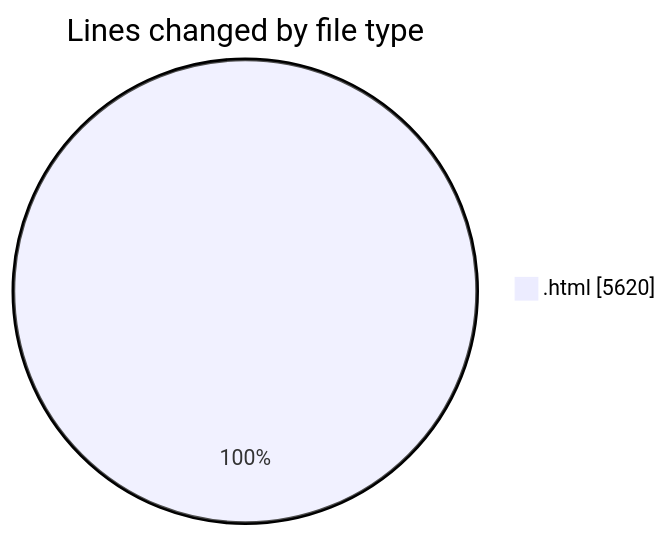
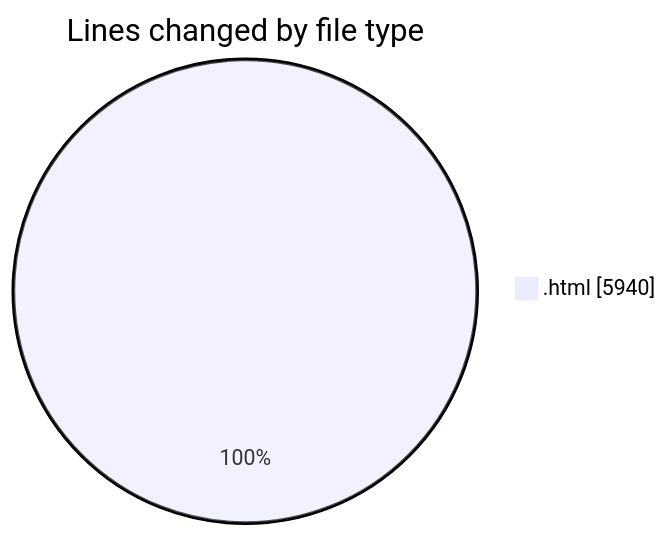
One commit to nxtqubesakshisongat/code-tracking changed the first of 2 diagrams in 2025-08-10/nxtqube_webapp/README.md. Above: the diagram before and after it, drawn with Mermaid. The commit also changed other lines of this file and 1 other file, not shown here.

````diff
--- a/2025-08-10/nxtqube_webapp/README.md
+++ b/2025-08-10/nxtqube_webapp/README.md
@@ -22,5 +22,5 @@
 ```mermaid
 pie showData
 title Lines changed by file type
-".html" : 5620
+".html" : 5940
 ```
````
